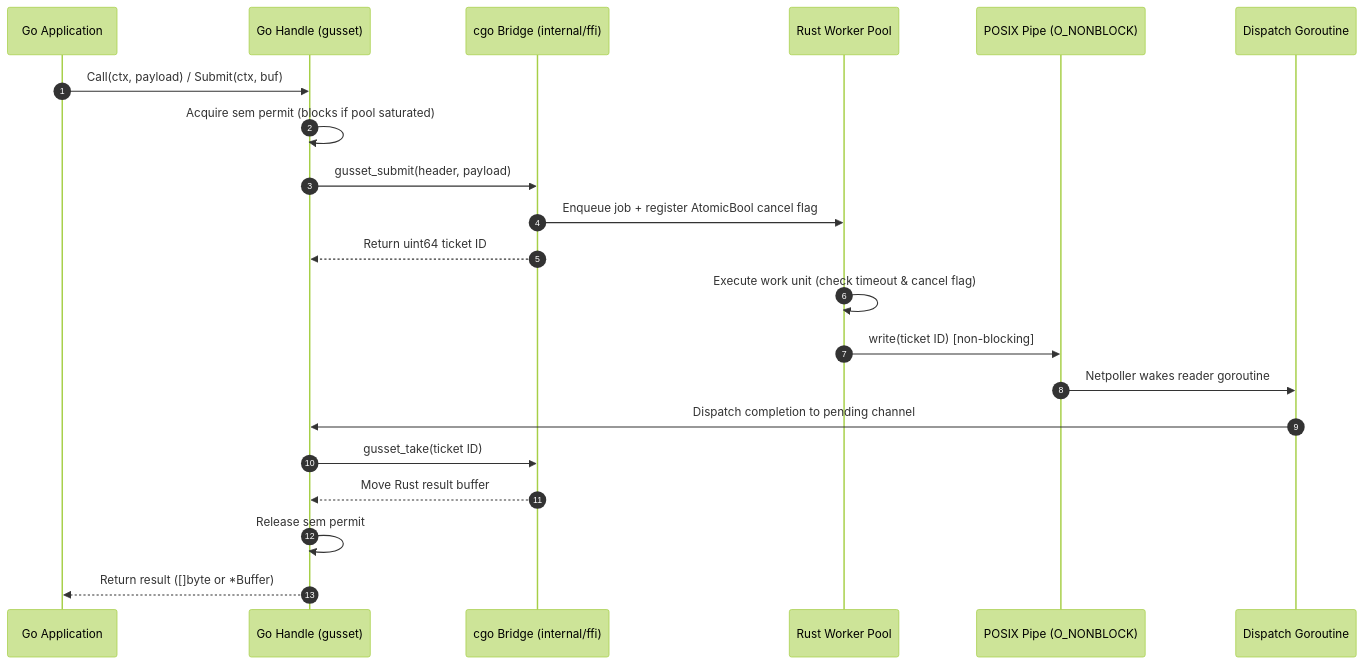
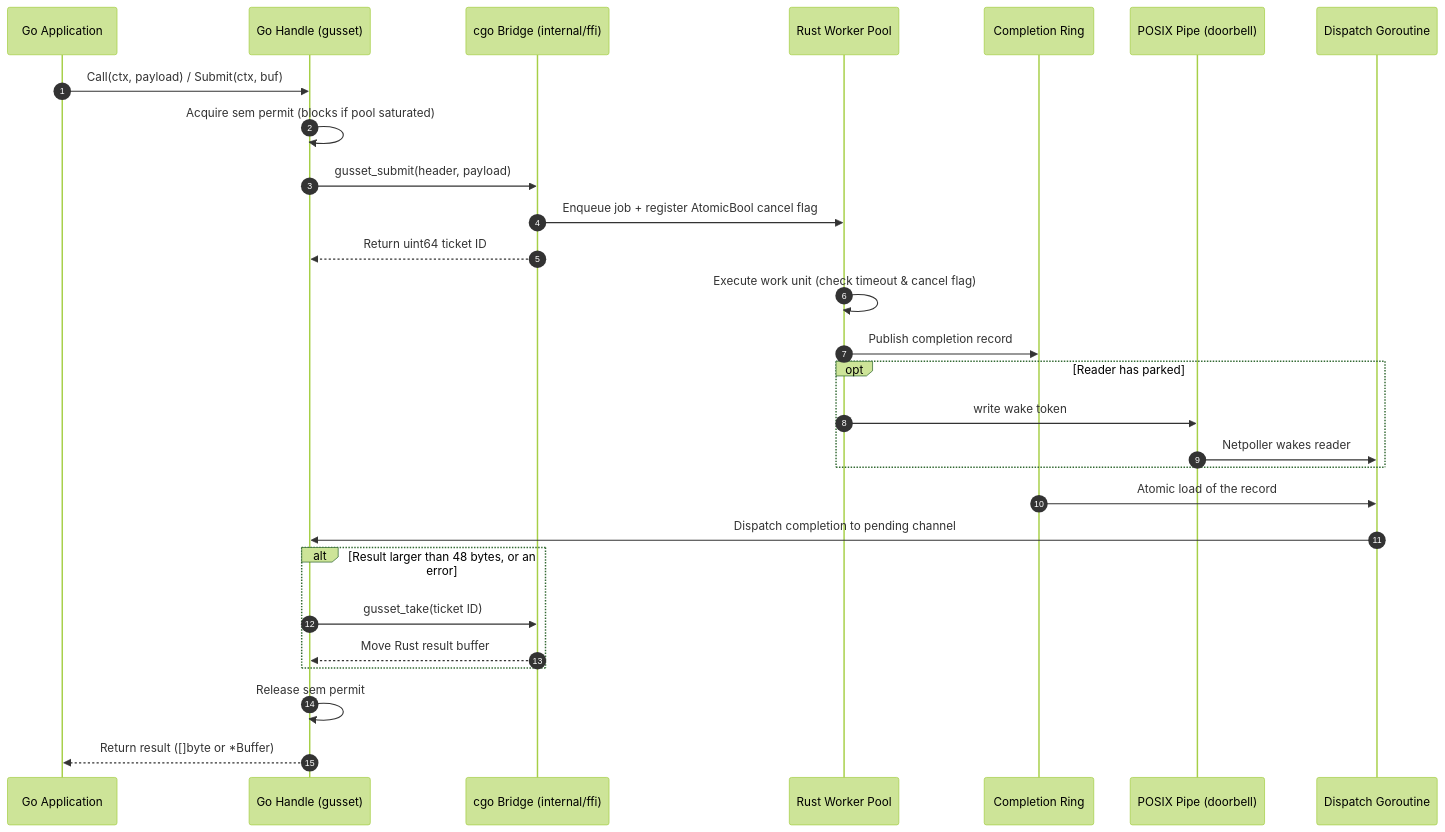
Before and after one commit to bharathvbcr/gusset: the diagram in AGENTS.md, drawn with Mermaid (forest theme). The commit also changed other lines of this file and 9 other files, not shown here.

First line of the commit message:
docs: describe the completion ring and the 17-export ABI protecting I4 and I6

````diff
--- a/AGENTS.md
+++ b/AGENTS.md
@@ -207,24 +208,31 @@
 ```mermaid
 sequenceDiagram
     autonumber
     participant App as Go Application
     participant Handle as Go Handle (gusset)
     participant CGO as cgo Bridge (internal/ffi)
     participant Worker as Rust Worker Pool
-    participant Pipe as POSIX Pipe (O_NONBLOCK)
+    participant Ring as Completion Ring
+    participant Pipe as POSIX Pipe (doorbell)
     participant Reader as Dispatch Goroutine
 
     App->>Handle: Call(ctx, payload) / Submit(ctx, buf)
     Handle->>Handle: Acquire sem permit (blocks if pool saturated)
     Handle->>CGO: gusset_submit(header, payload)
     CGO->>Worker: Enqueue job + register AtomicBool cancel flag
     CGO-->>Handle: Return uint64 ticket ID
     Worker->>Worker: Execute work unit (check timeout & cancel flag)
-    Worker->>Pipe: write(ticket ID) [non-blocking]
-    Pipe->>Reader: Netpoller wakes reader goroutine
+    Worker->>Ring: Publish completion record
+    opt Reader has parked
+        Worker->>Pipe: write wake token
+        Pipe->>Reader: Netpoller wakes reader
+    end
+    Ring->>Reader: Atomic load of the record
     Reader->>Handle: Dispatch completion to pending channel
-    Handle->>CGO: gusset_take(ticket ID)
-    CGO-->>Handle: Move Rust result buffer
+    alt Result larger than 48 bytes, or an error
+        Handle->>CGO: gusset_take(ticket ID)
+        CGO-->>Handle: Move Rust result buffer
+    end
     Handle->>Handle: Release sem permit
     Handle-->>App: Return result ([]byte or *Buffer)
 ```
````
